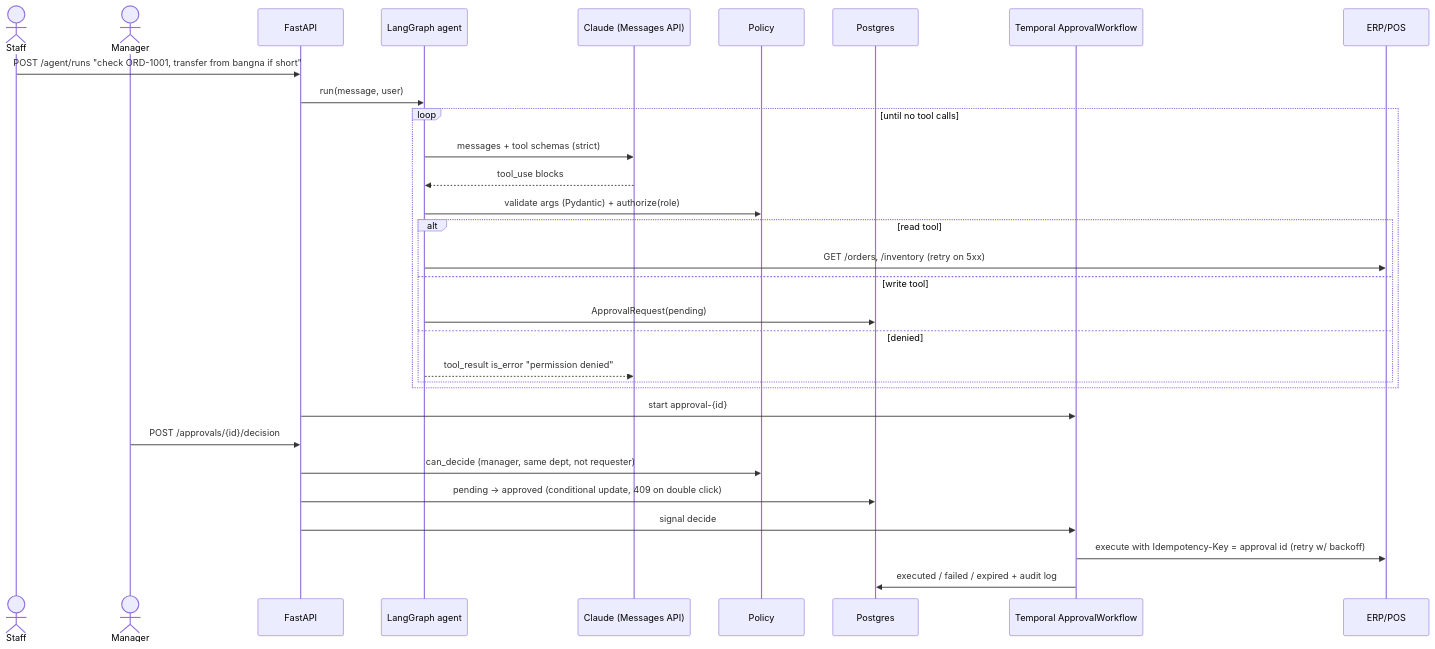
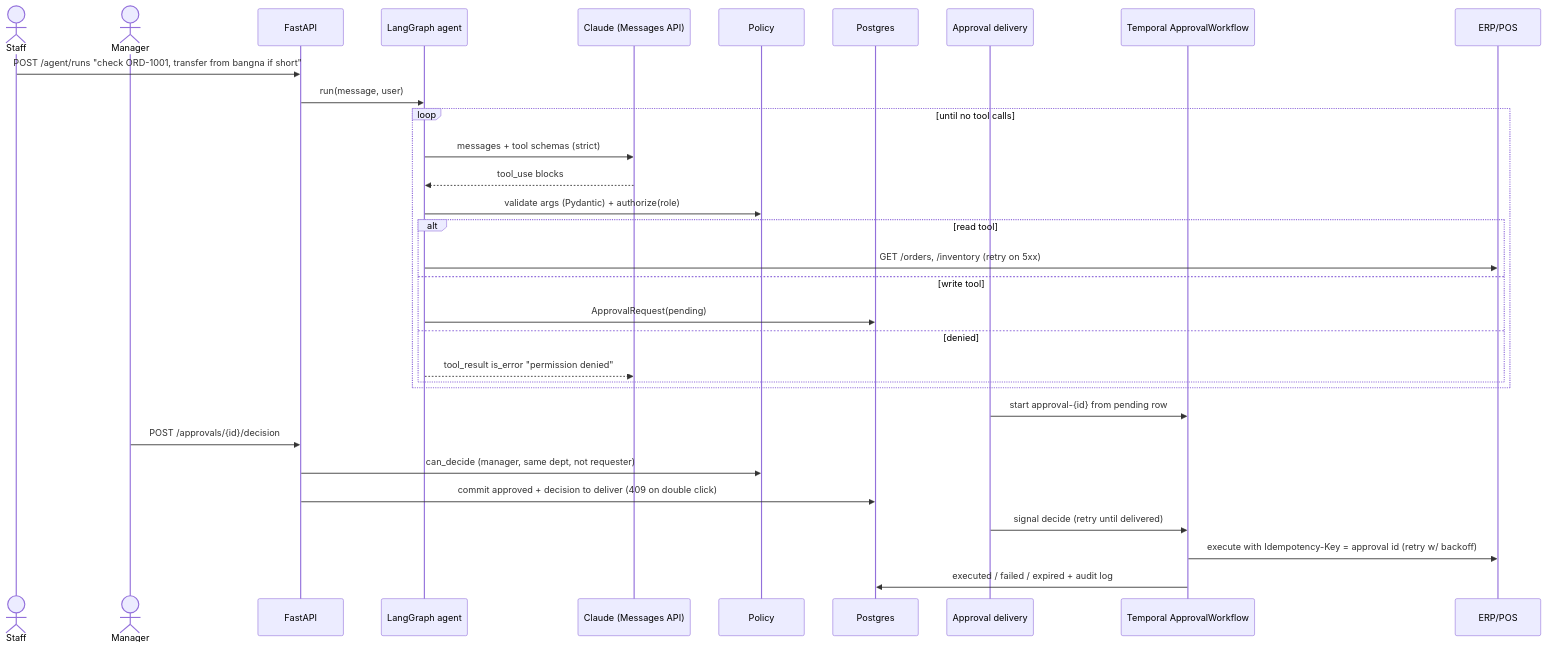
One commit to tomy11/OpsPilot changed the second of 4 diagrams in README.md. Above: the diagram before and after it, drawn with Mermaid. The commit also changed other lines of this file and 30 other files, not shown here.

````diff
--- a/README.md
+++ b/README.md
@@ -42,34 +42,35 @@
 ```mermaid
 sequenceDiagram
     actor Staff
     actor Manager
     participant API as FastAPI
     participant Agent as LangGraph agent
     participant LLM as Claude (Messages API)
     participant Policy
     participant DB as Postgres
+    participant Delivery as Approval delivery
     participant WF as Temporal ApprovalWorkflow
     participant ERP as ERP/POS
 
     Staff->>API: POST /agent/runs "check ORD-1001, transfer from bangna if short"
     API->>Agent: run(message, user)
     loop until no tool calls
         Agent->>LLM: messages + tool schemas (strict)
         LLM-->>Agent: tool_use blocks
         Agent->>Policy: validate args (Pydantic) + authorize(role)
         alt read tool
             Agent->>ERP: GET /orders, /inventory (retry on 5xx)
         else write tool
             Agent->>DB: ApprovalRequest(pending)
         else denied
             Agent-->>LLM: tool_result is_error "permission denied"
         end
     end
-    API->>WF: start approval-{id}
+    Delivery->>WF: start approval-{id} from pending row
     Manager->>API: POST /approvals/{id}/decision
     API->>Policy: can_decide (manager, same dept, not requester)
-    API->>DB: pending -> approved (conditional update, 409 on double click)
-    API->>WF: signal decide
+    API->>DB: commit approved + decision to deliver (409 on double click)
+    Delivery->>WF: signal decide (retry until delivered)
     WF->>ERP: execute with Idempotency-Key = approval id (retry w/ backoff)
     WF->>DB: executed / failed / expired + audit log
 ```
````
